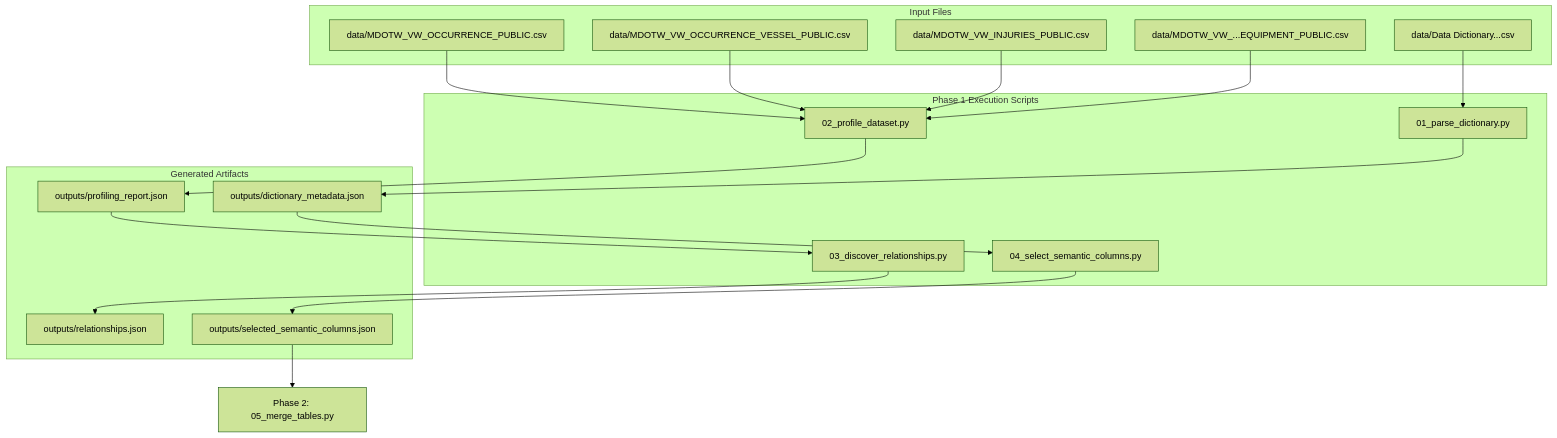
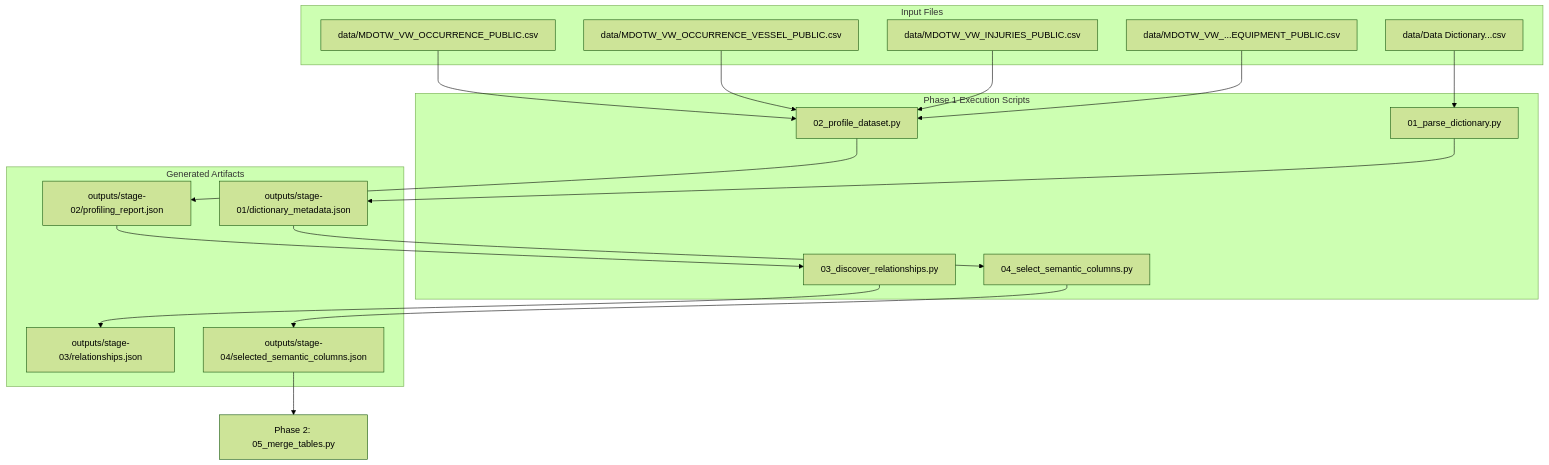
Before and after one commit to AbhishekYadav2207/TSBC-MaritimePipeline-PR: the diagram in documentation/01_phase1_data_identification_and_mapping.md, drawn with Mermaid (forest theme). The commit also changed other lines of this file and 18 other files, not shown here.

````diff
--- a/documentation/01_phase1_data_identification_and_mapping.md
+++ b/documentation/01_phase1_data_identification_and_mapping.md
@@ -17,38 +17,38 @@
 ```mermaid
 flowchart TD
     subgraph Inputs ["Input Files"]
         DictCSV["data/Data Dictionary...csv"]
         OccCSV["data/MDOTW_VW_OCCURRENCE_PUBLIC.csv"]
         VesselCSV["data/MDOTW_VW_OCCURRENCE_VESSEL_PUBLIC.csv"]
         InjCSV["data/MDOTW_VW_INJURIES_PUBLIC.csv"]
         EqCSV["data/MDOTW_VW_...EQUIPMENT_PUBLIC.csv"]
     end
 
     subgraph Processing ["Phase 1 Execution Scripts"]
         S01["01_parse_dictionary.py"]
         S02["02_profile_dataset.py"]
         S03["03_discover_relationships.py"]
         S04["04_select_semantic_columns.py"]
     end
 
     subgraph Outputs ["Generated Artifacts"]
-        DictMeta["outputs/dictionary_metadata.json"]
-        ProfRep["outputs/profiling_report.json"]
-        RelJSON["outputs/relationships.json"]
-        SelCols["outputs/selected_semantic_columns.json"]
+        DictMeta["outputs/stage-01/dictionary_metadata.json"]
+        ProfRep["outputs/stage-02/profiling_report.json"]
+        RelJSON["outputs/stage-03/relationships.json"]
+        SelCols["outputs/stage-04/selected_semantic_columns.json"]
     end
 
     DictCSV --> S01
     S01 --> DictMeta
 
     OccCSV & VesselCSV & InjCSV & EqCSV --> S02
     S02 --> ProfRep
 
     ProfRep --> S03
     S03 --> RelJSON
 
     DictMeta --> S04
     S04 --> SelCols
 
     SelCols --> NextPhase["Phase 2: 05_merge_tables.py"]
 ```
````
